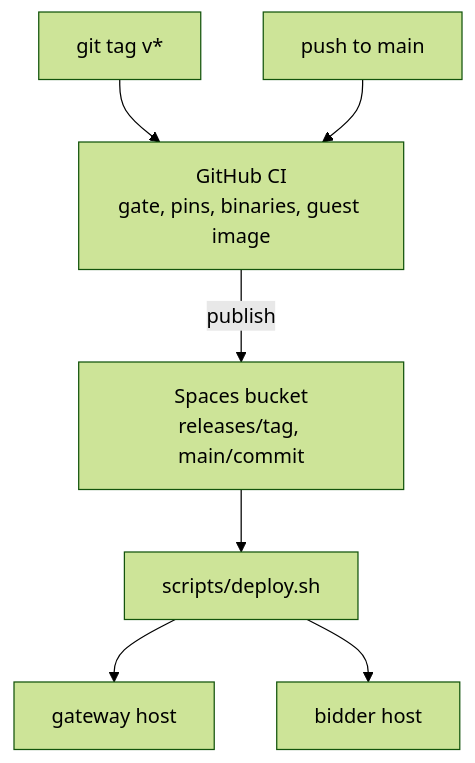
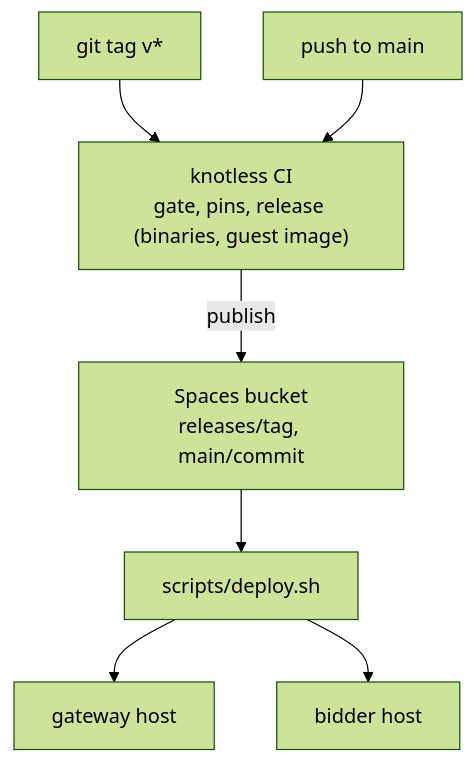
One commit to publicdomainrelay/socialweb-computer-kcp changed the diagram in docs/deploy.md. Above: the diagram before and after it, drawn with Mermaid (forest theme). The commit also changed other lines of this file and 6 other files, not shown here.

````diff
--- a/docs/deploy.md
+++ b/docs/deploy.md
@@ -6,9 +6,9 @@
 ```mermaid
 flowchart TD
-  tag["git tag v*"] --> gh["GitHub CI<br/>gate, pins, binaries, guest image"]
+  tag["git tag v*"] --> gh["knotless CI<br/>gate, pins, release (binaries, guest image)"]
   main["push to main"] --> gh
   gh -->|"publish"| bucket["Spaces bucket<br/>releases/tag, main/commit"]
   bucket --> deploy["scripts/deploy.sh"]
   deploy --> gw["gateway host"]
   deploy --> bidder["bidder host"]
 ```
````
